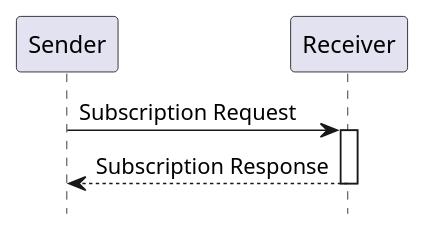
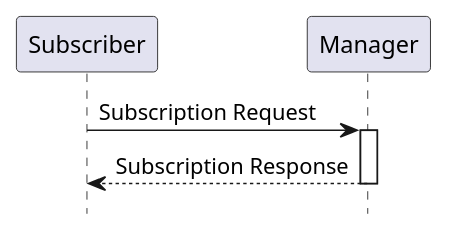
The diagram in input/images-source/rad-x1-seq.plantuml (IHE/RAD.IRA), drawn with PlantUML before and after one commit. The commit also changed 1 other file, not shown here.

```diff
--- a/input/images-source/rad-x1-seq.plantuml
+++ b/input/images-source/rad-x1-seq.plantuml
@@ -1,13 +1,13 @@
 @startuml
 
 hide footbox
 
-participant "Sender" as Sender
-participant "Receiver" as Receiver
+participant "Subscriber" as Subscriber
+participant "Manager" as Manager
 
-Sender->Receiver: Subscription Request
-activate Receiver
-Receiver-->Sender: Subscription Response
-deactivate Receiver
+Subscriber->Manager: Subscription Request
+activate Manager
+Manager-->Subscriber: Subscription Response
+deactivate Manager
 
 @enduml
```
